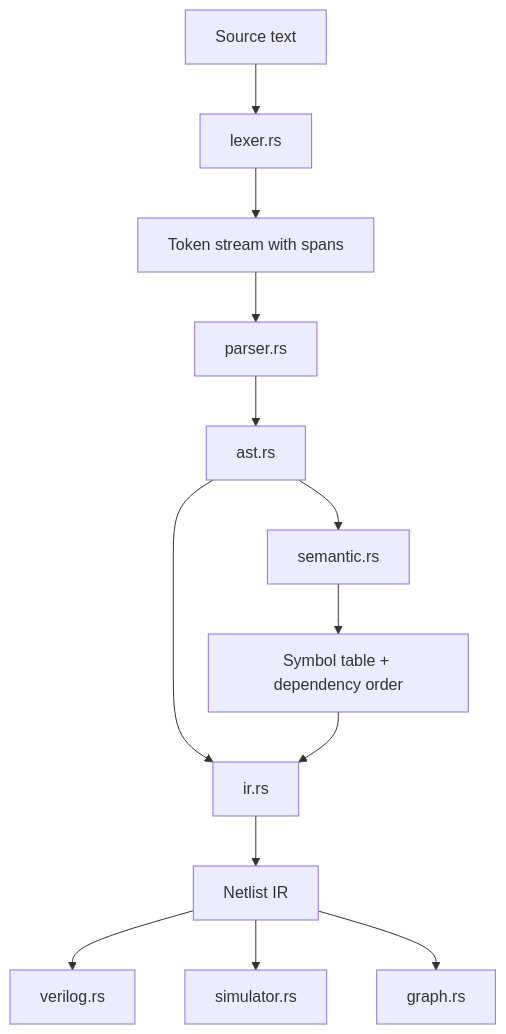
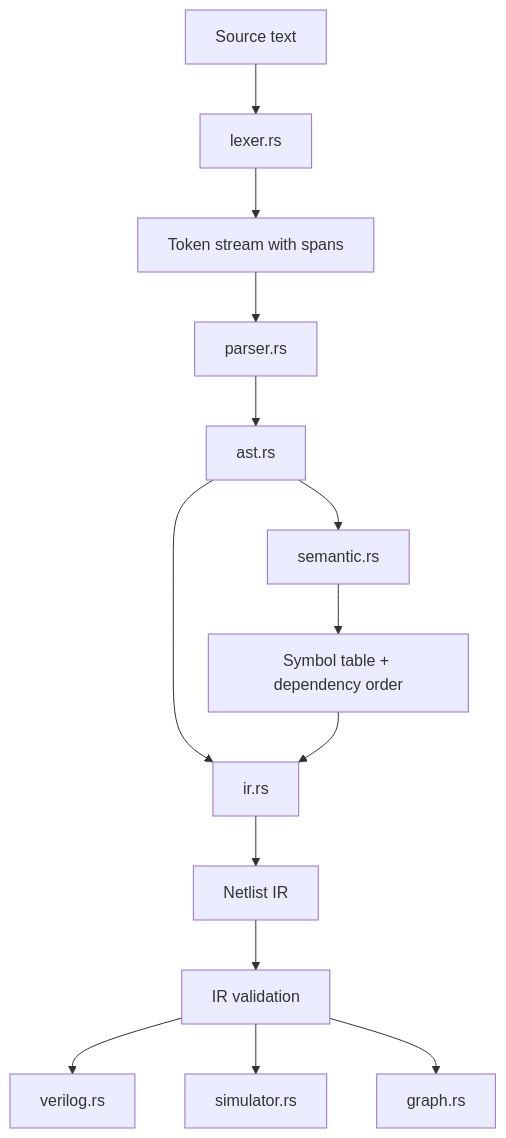
The first of 2 diagrams in docs/ARCHITECTURE.md (Afnanksalal/frag), drawn with Mermaid before and after one commit. The commit also changed other lines of this file and 18 other files, not shown here.

````diff
--- a/docs/ARCHITECTURE.md
+++ b/docs/ARCHITECTURE.md
@@ -5,15 +5,16 @@
 ```mermaid
 flowchart TD
     Source["Source text"] --> Lexer["lexer.rs"]
     Lexer --> Tokens["Token stream with spans"]
     Tokens --> Parser["parser.rs"]
     Parser --> Ast["ast.rs"]
     Ast --> Semantic["semantic.rs"]
     Semantic --> Analysis["Symbol table + dependency order"]
     Ast --> Lowering["ir.rs"]
     Analysis --> Lowering
     Lowering --> IR["Netlist IR"]
-    IR --> Verilog["verilog.rs"]
-    IR --> Simulator["simulator.rs"]
-    IR --> Graph["graph.rs"]
+    IR --> Validate["IR validation"]
+    Validate --> Verilog["verilog.rs"]
+    Validate --> Simulator["simulator.rs"]
+    Validate --> Graph["graph.rs"]
 ```
````
